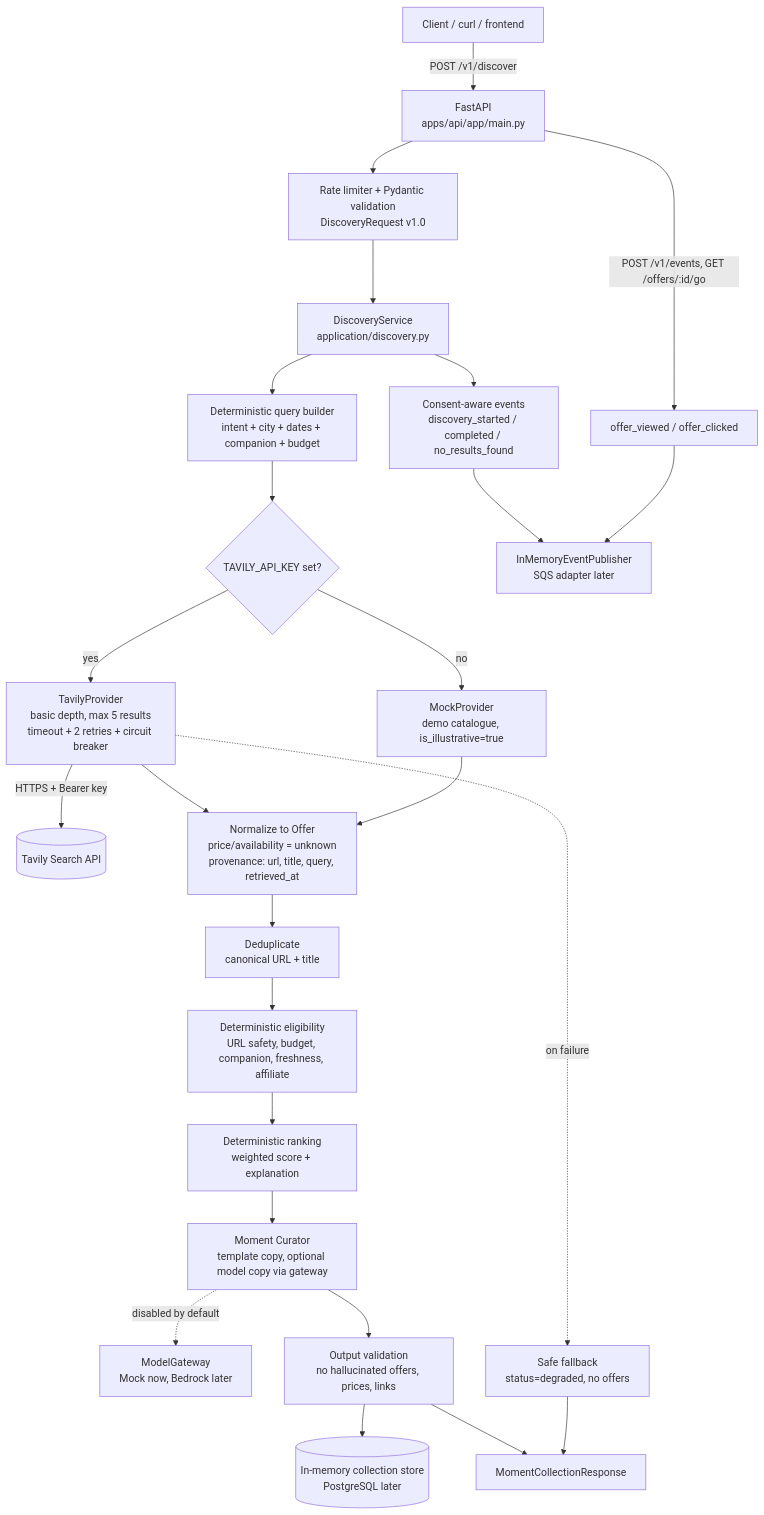
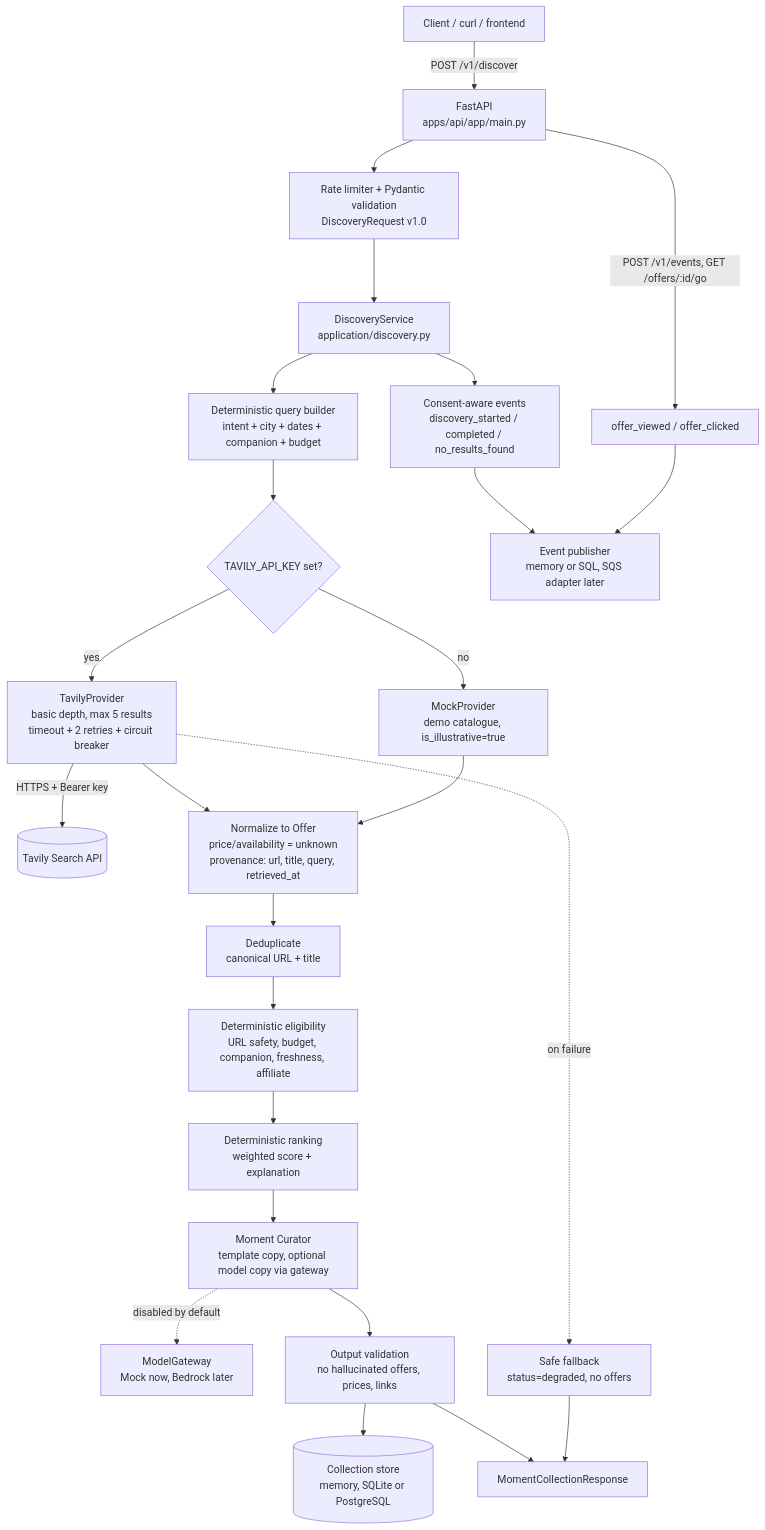
One commit to chadha/WhereWeGo changed the third of 3 diagrams in docs/architecture.md. Above: the diagram before and after it, drawn with Mermaid. The commit also changed other lines of this file and 17 other files, not shown here.

````diff
--- a/docs/architecture.md
+++ b/docs/architecture.md
@@ -330,27 +330,27 @@
 ```mermaid
 flowchart TD
     C[Client / curl / frontend] -->|POST /v1/discover| API[FastAPI<br/>apps/api/app/main.py]
     API --> RL[Rate limiter + Pydantic validation<br/>DiscoveryRequest v1.0]
     RL --> WF[DiscoveryService<br/>application/discovery.py]
     WF --> QB[Deterministic query builder<br/>intent + city + dates + companion + budget]
     QB --> SEL{TAVILY_API_KEY set?}
     SEL -- yes --> TP[TavilyProvider<br/>basic depth, max 5 results<br/>timeout + 2 retries + circuit breaker]
     SEL -- no --> MP[MockProvider<br/>demo catalogue, is_illustrative=true]
     TP -->|HTTPS + Bearer key| TAV[(Tavily Search API)]
     TP --> NORM[Normalize to Offer<br/>price/availability = unknown<br/>provenance: url, title, query, retrieved_at]
     MP --> NORM
     NORM --> DD[Deduplicate<br/>canonical URL + title]
     DD --> EL[Deterministic eligibility<br/>URL safety, budget, companion, freshness, affiliate]
     EL --> RK[Deterministic ranking<br/>weighted score + explanation]
     RK --> CU[Moment Curator<br/>template copy, optional model copy via gateway]
     CU -. disabled by default .-> GW[ModelGateway<br/>Mock now, Bedrock later]
     CU --> OV[Output validation<br/>no hallucinated offers, prices, links]
-    OV --> ST[(In-memory collection store<br/>PostgreSQL later)]
+    OV --> ST[(Collection store<br/>memory, SQLite or PostgreSQL)]
     OV --> RESP[MomentCollectionResponse]
     WF --> EV[Consent-aware events<br/>discovery_started / completed / no_results_found]
     API -->|POST /v1/events, GET /offers/:id/go| EV2[offer_viewed / offer_clicked]
-    EV --> PUB[InMemoryEventPublisher<br/>SQS adapter later]
+    EV --> PUB[Event publisher<br/>memory or SQL, SQS adapter later]
     EV2 --> PUB
     TP -. on failure .-> FB[Safe fallback<br/>status=degraded, no offers]
     FB --> RESP
 ```
````
